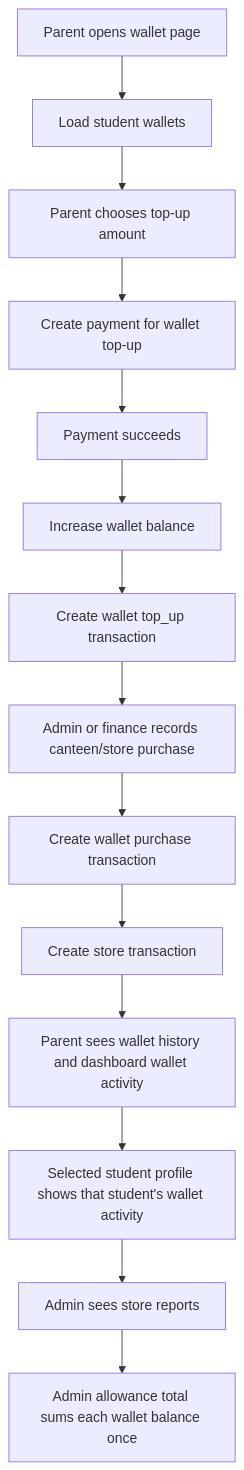
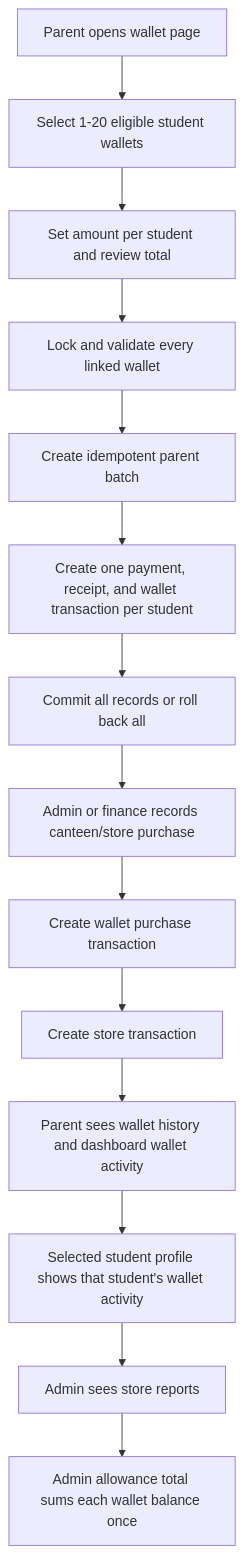
One commit to Xeyn19/xmetapay changed the seventh of 7 diagrams in docs/DATABASE_SCHEMA_PLAN.md. Above: the diagram before and after it, drawn with Mermaid. The commit also changed other lines of this file and 17 other files, not shown here.

First line of the commit message:
Adds atomic, idempotent wallet top-up batches so parents can top up 1 to 20 linked student wallets in one reviewed submission. Each selected student keeps a separate payment, wallet transaction, and receipt, while the parent receives a combined batch result page with receipt links.

````diff
--- a/docs/DATABASE_SCHEMA_PLAN.md
+++ b/docs/DATABASE_SCHEMA_PLAN.md
@@ -864,16 +865,16 @@
 ```mermaid
 flowchart TD
-  A["Parent opens wallet page"] --> B["Load student wallets"]
-  B --> C["Parent chooses top-up amount"]
-  C --> D["Create payment for wallet top-up"]
-  D --> E["Payment succeeds"]
-  E --> F["Increase wallet balance"]
-  F --> G["Create wallet top_up transaction"]
+  A["Parent opens wallet page"] --> B["Select 1-20 eligible student wallets"]
+  B --> C["Set amount per student and review total"]
+  C --> D["Lock and validate every linked wallet"]
+  D --> E["Create idempotent parent batch"]
+  E --> F["Create one payment, receipt, and wallet transaction per student"]
+  F --> G["Commit all records or roll back all"]
   G --> H["Admin or finance records canteen/store purchase"]
   H --> I["Create wallet purchase transaction"]
   I --> J["Create store transaction"]
   J --> K["Parent sees wallet history and dashboard wallet activity"]
   K --> L["Selected student profile shows that student's wallet activity"]
   L --> M["Admin sees store reports"]
   M --> N["Admin allowance total sums each wallet balance once"]
 ```
````
